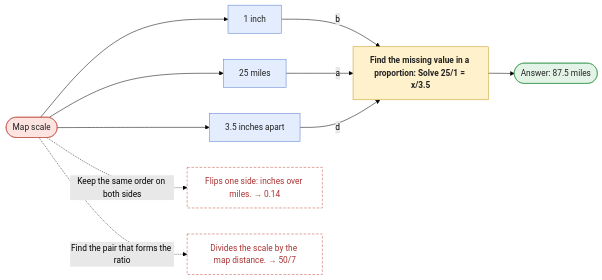
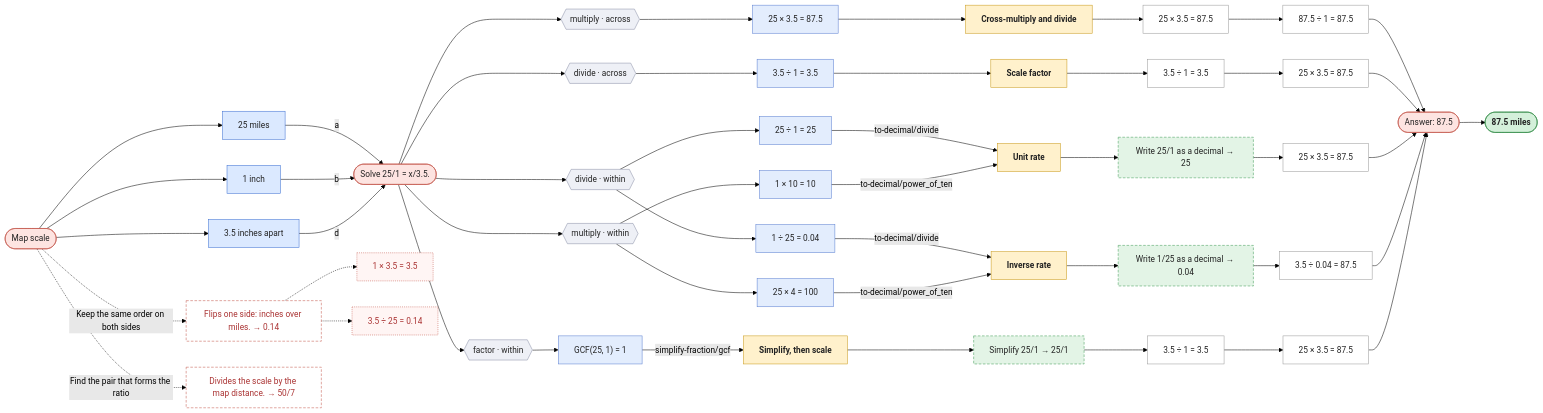
Diagram 27 of 33 in REPORT.md (rahuldave/ProblemSolving), drawn with Mermaid (forest theme) before and after one commit. The commit also changed other lines of this file and 5 other files, not shown here.

````diff
--- a/REPORT.md
+++ b/REPORT.md
@@ -2635,32 +3246,120 @@
 ```mermaid
 flowchart LR
   w0(["Map scale"])
-  w1["Find the missing value in a proportion: Solve 25/1 = x/3.5"]
-  w2["1 inch"]
+  w1["1 inch"]
+  w0 --> w1
+  w2["25 miles"]
   w0 --> w2
-  w2 -->|"b"| w1
-  w3["25 miles"]
+  w3["3.5 inches apart"]
   w0 --> w3
-  w3 -->|"a"| w1
-  w4["3.5 inches apart"]
-  w0 --> w4
-  w4 -->|"d"| w1
-  w5(["Answer: 87.5 miles"])
-  w1 --> w5
-  w6["Flips one side: inches over miles. → 0.14"]
-  w0 -.->|"Keep the same order on both sides"| w6
-  w7["Divides the scale by the map distance. → 50/7"]
-  w0 -.->|"Find the pair that forms the ratio"| w7
-  classDef story fill:#fde4e1,stroke:#c4554a,color:#222
-  classDef used fill:#e3edfd,stroke:#5b7fd1,color:#222
-  classDef distractor fill:#f2f2f2,stroke:#999,stroke-dasharray:4 3,color:#777
-  classDef question fill:#fff1cc,stroke:#c99a1a,color:#222,font-weight:bold
+  c0(["Solve 25/1 = x/3.5."])
+  c1(["Answer: 87.5"])
+  c2["Cross-multiply and divide"]
+  c3["25 × 3.5 = 87.5"]
+  c2 --> c3
+  c4["87.5 ÷ 1 = 87.5"]
+  c3 --> c4
+  c4 --> c1
+  c5["Scale factor"]
+  c6["3.5 ÷ 1 = 3.5"]
+  c5 --> c6
+  c7["25 × 3.5 = 87.5"]
+  c6 --> c7
+  c7 --> c1
+  c8["Unit rate"]
+  c9["Write 25/1 as a decimal → 25"]
+  c8 --> c9
+  c10["25 × 3.5 = 87.5"]
+  c9 --> c10
+  c10 --> c1
+  c11["Inverse rate"]
+  c12["Write 1/25 as a decimal → 0.04"]
+  c11 --> c12
+  c13["3.5 ÷ 0.04 = 87.5"]
+  c12 --> c13
+  c13 --> c1
+  c14["Simplify, then scale"]
+  c15["Simplify 25/1 → 25/1"]
+  c14 --> c15
+  c16["3.5 ÷ 1 = 3.5"]
+  c15 --> c16
+  c17["25 × 3.5 = 87.5"]
+  c16 --> c17
+  c17 --> c1
+  c18["3.5 ÷ 1 = 3.5"]
+  c19{{"divide · across"}}
+  c0 --> c19
+  c19 --> c18
+  c18 --> c5
+  c20["1 ÷ 25 = 0.04"]
+  c21{{"divide · within"}}
+  c0 --> c21
+  c21 --> c20
+  c20 -->|"to-decimal/divide"| c11
+  c22["25 ÷ 1 = 25"]
+  c21 --> c22
+  c22 -->|"to-decimal/divide"| c8
+  c23["GCF(25, 1) = 1"]
+  c24{{"factor · within"}}
+  c0 --> c24
+  c24 --> c23
+  c23 -->|"simplify-fraction/gcf"| c14
+  c25["25 × 3.5 = 87.5"]
+  c26{{"multiply · across"}}
+  c0 --> c26
+  c26 --> c25
+  c25 --> c2
+  c27["1 × 10 = 10"]
+  c28{{"multiply · within"}}
+  c0 --> c28
+  c28 --> c27
+  c27 -->|"to-decimal/power_of_ten"| c8
+  c29["25 × 4 = 100"]
+  c28 --> c29
+  c29 -->|"to-decimal/power_of_ten"| c11
+  classDef cls fill:#eef0f6,stroke:#8a90a6,color:#222
+  classDef first fill:#e3edfd,stroke:#5b7fd1,color:#222
+  classDef second fill:#efe6fb,stroke:#8b63c9,color:#222
+  classDef method fill:#fff1cc,stroke:#c99a1a,color:#222,font-weight:bold
+  classDef skill fill:#e3f4e6,stroke:#3f9a55,stroke-dasharray:5 3,color:#222
   classDef step fill:#ffffff,stroke:#999,color:#222
-  classDef ans fill:#e3f4e6,stroke:#3f9a55,color:#222
-  classDef trap fill:#fff,stroke:#c4554a,stroke-dasharray:5 3,color:#a33
-  class w0 story
-  class w2,w3,w4 used
-  class w1 question
-  class w5 ans
-  class w6,w7 trap
+  classDef ans fill:#fde4e1,stroke:#c4554a,color:#222
+  class c19,c21,c24,c26,c28 cls
+  class c18,c20,c22,c23,c25,c27,c29 first
+  class c2,c5,c8,c11,c14 method
+  class c9,c12,c15 skill
+  class c3,c4,c6,c7,c10,c13,c16,c17 step
+  class c0,c1 ans
+  w2 -->|"a"| c0
+  w1 -->|"b"| c0
+  w3 -->|"d"| c0
+  w4(["87.5 miles"])
+  c1 --> w4
+  w5["Flips one side: inches over miles. → 0.14"]
+  w0 -.->|"Keep the same order on both sides"| w5
+  w6["1 × 3.5 = 3.5"]
+  w5 -.-> w6
+  w7["3.5 ÷ 25 = 0.14"]
+  w5 -.-> w7
+  w8["Divides the scale by the map distance. → 50/7"]
+  w0 -.->|"Find the pair that forms the ratio"| w8
+  classDef cls fill:#eef0f6,stroke:#8a90a6,color:#222
+  classDef first fill:#e3edfd,stroke:#5b7fd1,color:#222
+  classDef second fill:#efe6fb,stroke:#8b63c9,color:#222
+  classDef method fill:#fff1cc,stroke:#c99a1a,color:#222,font-weight:bold
+  classDef skill fill:#e3f4e6,stroke:#3f9a55,stroke-dasharray:5 3,color:#222
+  classDef step fill:#ffffff,stroke:#999,color:#222
+  classDef ans fill:#fde4e1,stroke:#c4554a,color:#222
+  classDef wstory fill:#fde4e1,stroke:#c4554a,color:#222
+  classDef wused fill:#dbe9ff,stroke:#3d6fd1,color:#222
+  classDef wdist fill:#f2f2f2,stroke:#999,stroke-dasharray:4 3,color:#777
+  classDef wop fill:#ffffff,stroke:#3d6fd1,color:#222
+  classDef wfinal fill:#d4f0da,stroke:#2f8a45,color:#222,font-weight:bold
+  classDef wtrap fill:#fff,stroke:#c4554a,stroke-dasharray:5 3,color:#a33
+  classDef wtfirst fill:#fff5f4,stroke:#c4554a,stroke-dasharray:2 2,color:#a33
+  class w0 wstory
+  class w1,w2,w3 wused
+  class w4 wfinal
+  class w5,w8 wtrap
+  class w6,w7 wtfirst
 ```
````
